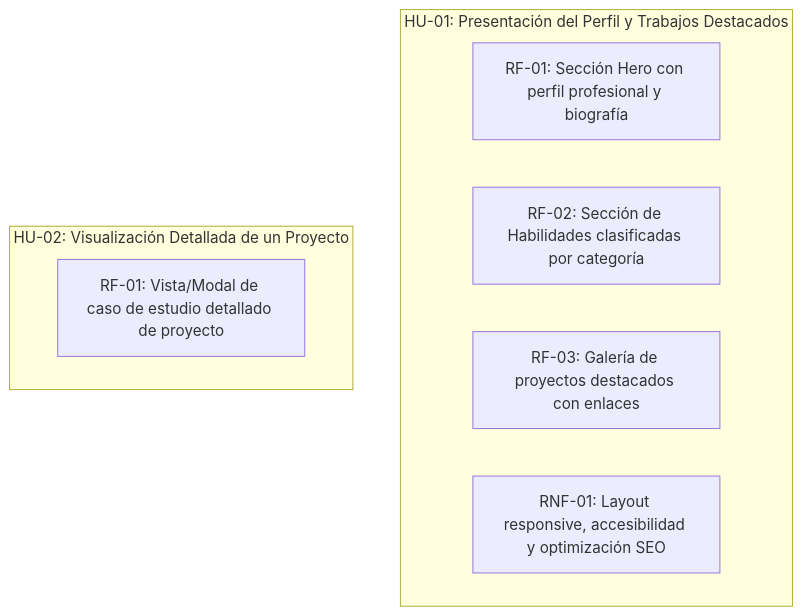
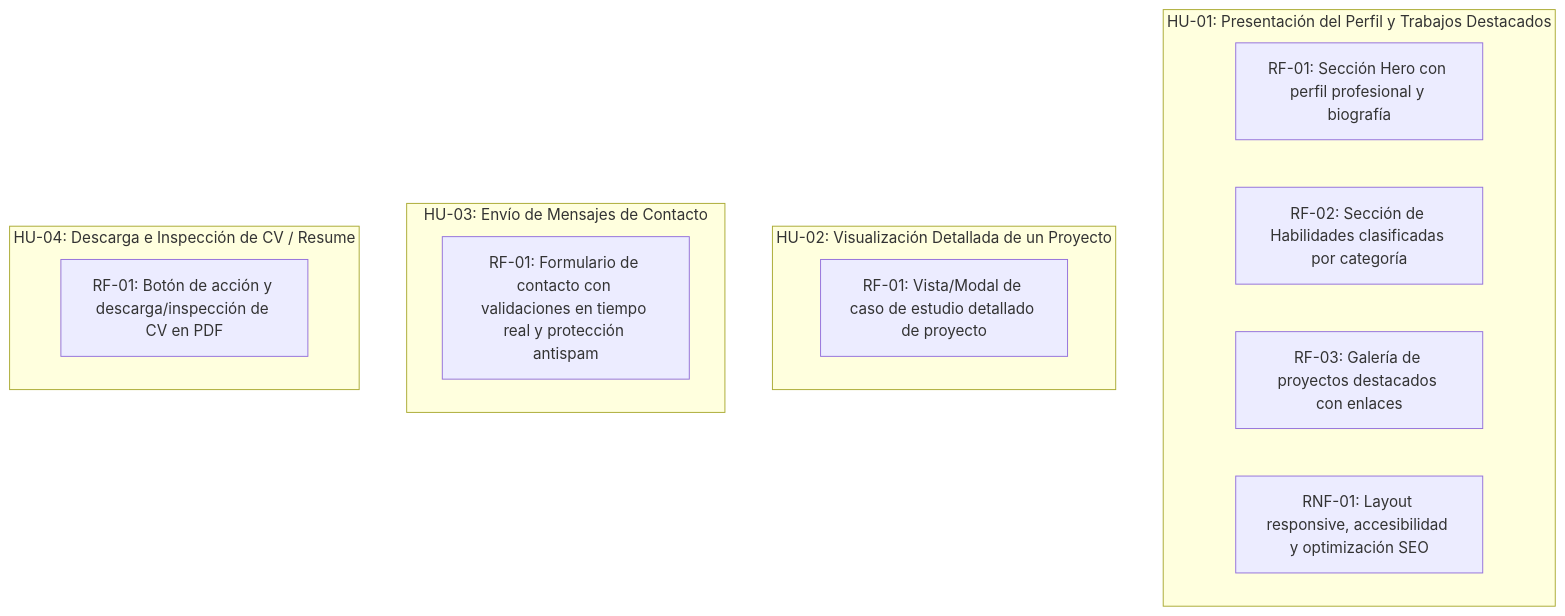
One commit to SVGiannoni/PORTFOLIO changed the diagram in scrumDocs/grafo.md. Above: the diagram before and after it, drawn with Mermaid. The commit also changed other lines of this file, not shown here.

Commit message:
Auto-publish: actualiza scrumDocs/grafo.md

````diff
--- a/scrumDocs/grafo.md
+++ b/scrumDocs/grafo.md
@@ -5,12 +5,18 @@
 ```mermaid
 graph TD
   subgraph US_1788275867284["HU-01: Presentación del Perfil y Trabajos Destacados"]
     REQ_1788276365513["RF-01: Sección Hero con perfil profesional y biografía"]
     REQ_1788276394018["RF-02: Sección de Habilidades clasificadas por categoría"]
     REQ_1788276396963["RF-03: Galería de proyectos destacados con enlaces"]
     REQ_1788276400353["RNF-01: Layout responsive, accesibilidad y optimización SEO"]
   end
   subgraph US_1788275876379["HU-02: Visualización Detallada de un Proyecto"]
     REQ_1788276403305["RF-01: Vista/Modal de caso de estudio detallado de proyecto"]
   end
+  subgraph US_1788275881801["HU-03: Envío de Mensajes de Contacto"]
+    REQ_1788276405801["RF-01: Formulario de contacto con validaciones en tiempo real y protección antispam"]
+  end
+  subgraph US_1788275889310["HU-04: Descarga e Inspección de CV / Resume"]
+    REQ_1788276408368["RF-01: Botón de acción y descarga/inspección de CV en PDF"]
+  end
 ```
````
